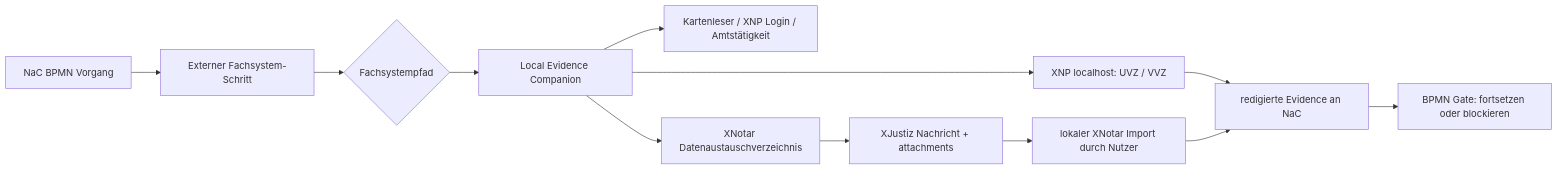
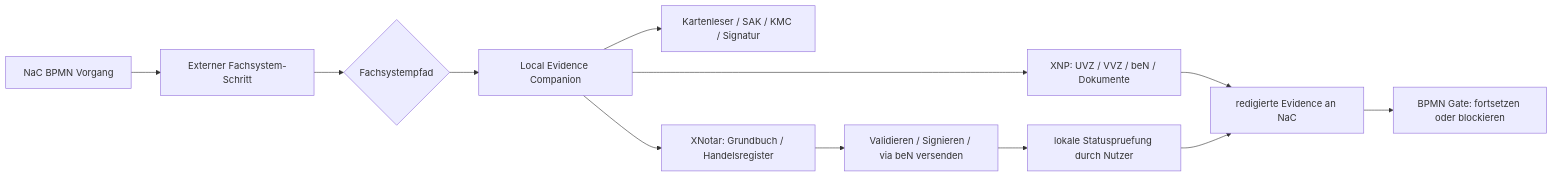
Before and after one commit to notariat8/NaC: the diagram in docs/de/demo/notarkammer-xnp-demo-contract.md, drawn with Mermaid. The commit also changed other lines of this file and 6 other files, not shown here.

````diff
--- a/docs/de/demo/notarkammer-xnp-demo-contract.md
+++ b/docs/de/demo/notarkammer-xnp-demo-contract.md
@@ -67,14 +80,14 @@
 ```mermaid
 flowchart LR
     A["NaC BPMN Vorgang"] --> B["Externer Fachsystem-Schritt"]
     B --> C{"Fachsystempfad"}
     C --> D["Local Evidence Companion"]
-    D --> E["Kartenleser / XNP Login / Amtstätigkeit"]
-    D --> F["XNP localhost: UVZ / VVZ"]
-    D --> G["XNotar Datenaustauschverzeichnis"]
-    G --> H["XJustiz Nachricht + attachments"]
-    H --> I["lokaler XNotar Import durch Nutzer"]
+    D --> E["Kartenleser / SAK / KMC / Signatur"]
+    D --> F["XNP: UVZ / VVZ / beN / Dokumente"]
+    D --> G["XNotar: Grundbuch / Handelsregister"]
+    G --> H["Validieren / Signieren / via beN versenden"]
+    H --> I["lokale Statuspruefung durch Nutzer"]
     F --> J["redigierte Evidence an NaC"]
     I --> J
     J --> K["BPMN Gate: fortsetzen oder blockieren"]
 ```
````
